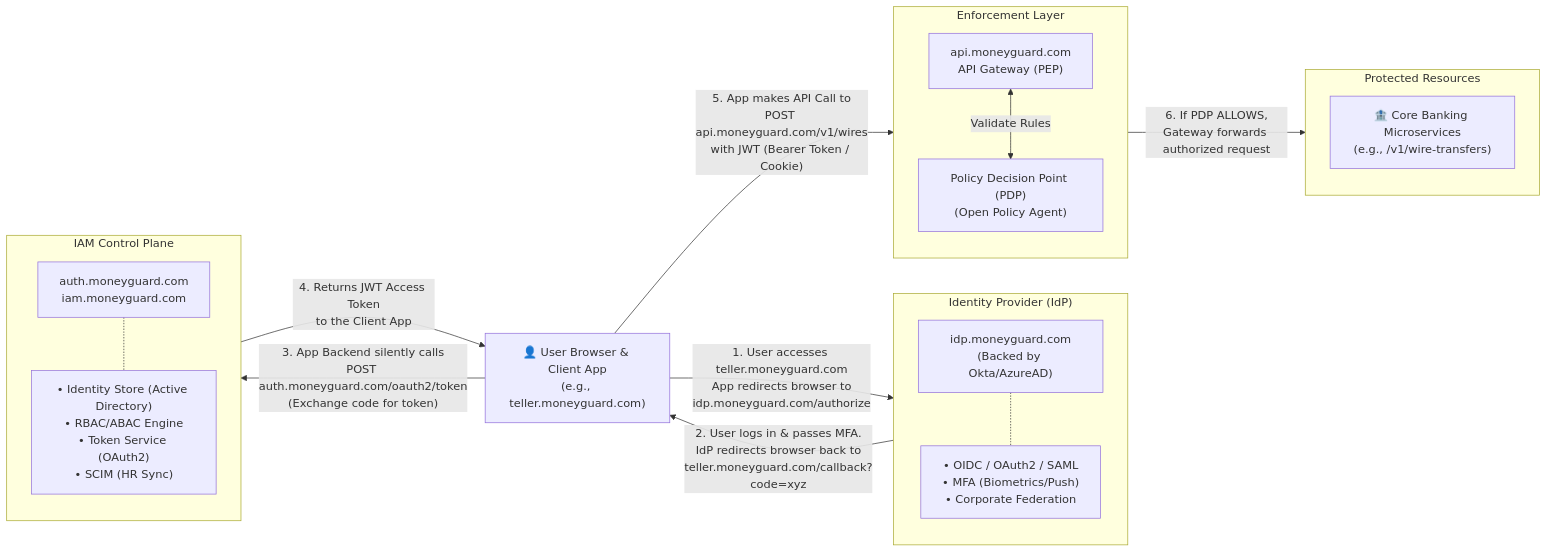
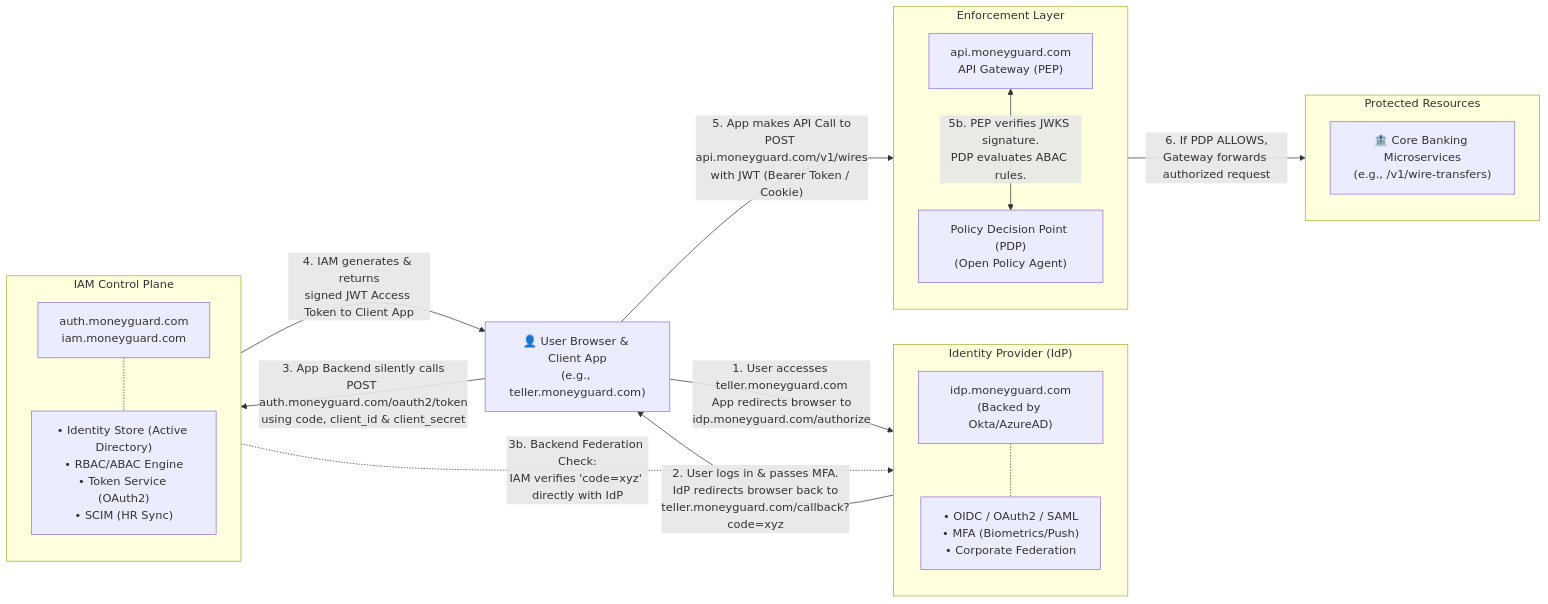
One commit to nirajp82/IdentityAccessManagement_IAM changed the first of 4 diagrams in 02_AuthN_Federation/01_ZeroTrustIAMArchitecture.md. Above: the diagram before and after it, drawn with Mermaid.

````diff
--- a/02_AuthN_Federation/01_ZeroTrustIAMArchitecture.md
+++ b/02_AuthN_Federation/01_ZeroTrustIAMArchitecture.md
@@ -11,41 +11,47 @@
 ```mermaid
 flowchart LR
     %% Define User/Client Node
     US["👤 User Browser & Client App<br>(e.g., teller.moneyguard.com)"]
 
     %% Define Subgraphs with Details
     subgraph IDP_Layer ["Identity Provider (IdP)"]
         direction TB
         IDP["idp.moneyguard.com<br>(Backed by Okta/AzureAD)"]
         IDP_Features["• OIDC / OAuth2 / SAML<br>• MFA (Biometrics/Push)<br>• Corporate Federation"]
         IDP -.- IDP_Features
     end
 
     subgraph IAM_Layer ["IAM Control Plane"]
         direction TB
         IAM["auth.moneyguard.com<br>iam.moneyguard.com"]
         IAM_Features["• Identity Store (Active Directory)<br>• RBAC/ABAC Engine<br>• Token Service (OAuth2)<br>• SCIM (HR Sync)"]
         IAM -.- IAM_Features
     end
 
     subgraph ENF_Layer ["Enforcement Layer"]
         direction TB
         ENF["api.moneyguard.com<br>API Gateway (PEP)"]
         PDP["Policy Decision Point (PDP)<br>(Open Policy Agent)"]
-        ENF <-->|Validate Rules| PDP
+        ENF <-->|"5b. PEP verifies JWKS signature.<br>PDP evaluates ABAC rules."| PDP
     end
 
     subgraph RES_Layer ["Protected Resources"]
         direction TB
         RES["🏦 Core Banking Microservices<br>(e.g., /v1/wire-transfers)"]
     end
 
     %% Define the Step-by-Step Flow with URLs and Redirections
     US -->|"1. User accesses teller.moneyguard.com<br>App redirects browser to<br>idp.moneyguard.com/authorize"| IDP
+    
     IDP -->|"2. User logs in & passes MFA.<br>IdP redirects browser back to<br>teller.moneyguard.com/callback?code=xyz"| US
-    US -->|"3. App Backend silently calls<br>POST auth.moneyguard.com/oauth2/token<br>(Exchange code for token)"| IAM
-    IAM -->|"4. Returns JWT Access Token<br>to the Client App"| US
+    
+    US -->|"3. App Backend silently calls<br>POST auth.moneyguard.com/oauth2/token<br>using code, client_id & client_secret"| IAM
+    
+    IAM -.->|"3b. Backend Federation Check:<br>IAM verifies 'code=xyz' directly with IdP"| IDP
+    
+    IAM -->|"4. IAM generates & returns<br>signed JWT Access Token to Client App"| US
+    
     US -->|"5. App makes API Call to<br>POST api.moneyguard.com/v1/wires<br>with JWT (Bearer Token / Cookie)"| ENF
+    
     ENF -->|"6. If PDP ALLOWS,<br>Gateway forwards authorized request"| RES
-
 ```
````
